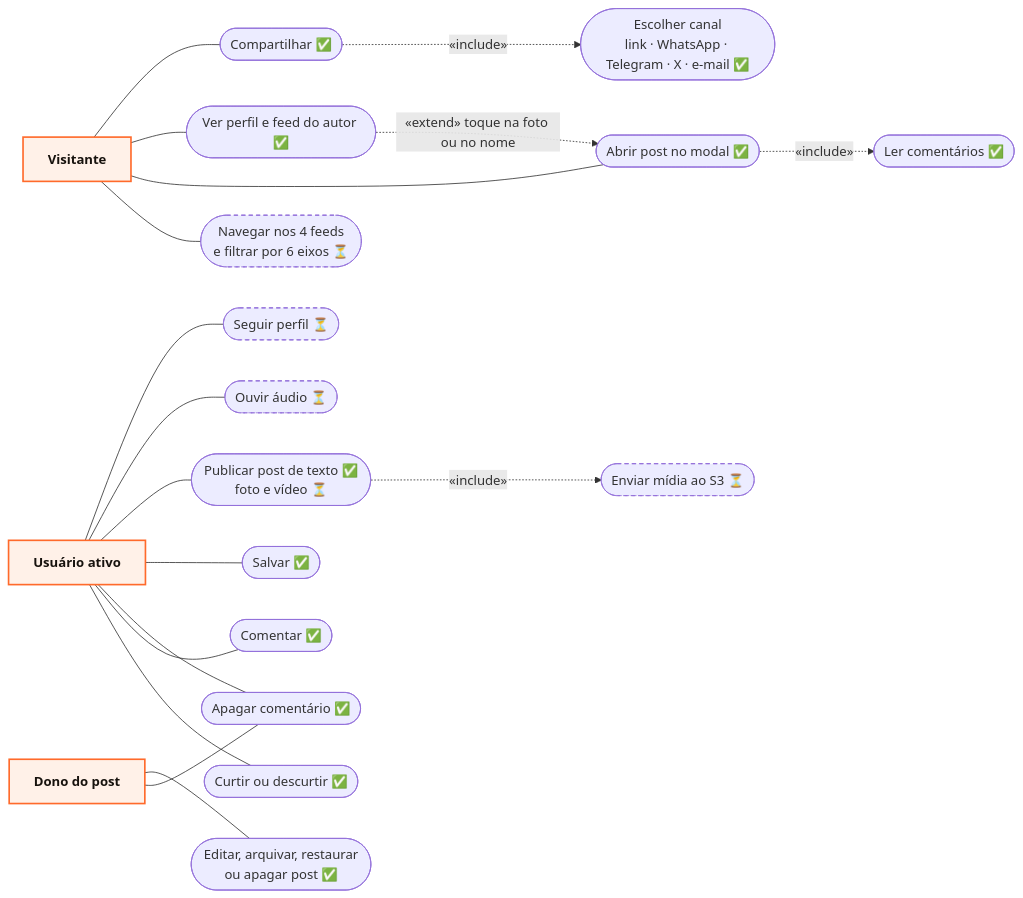
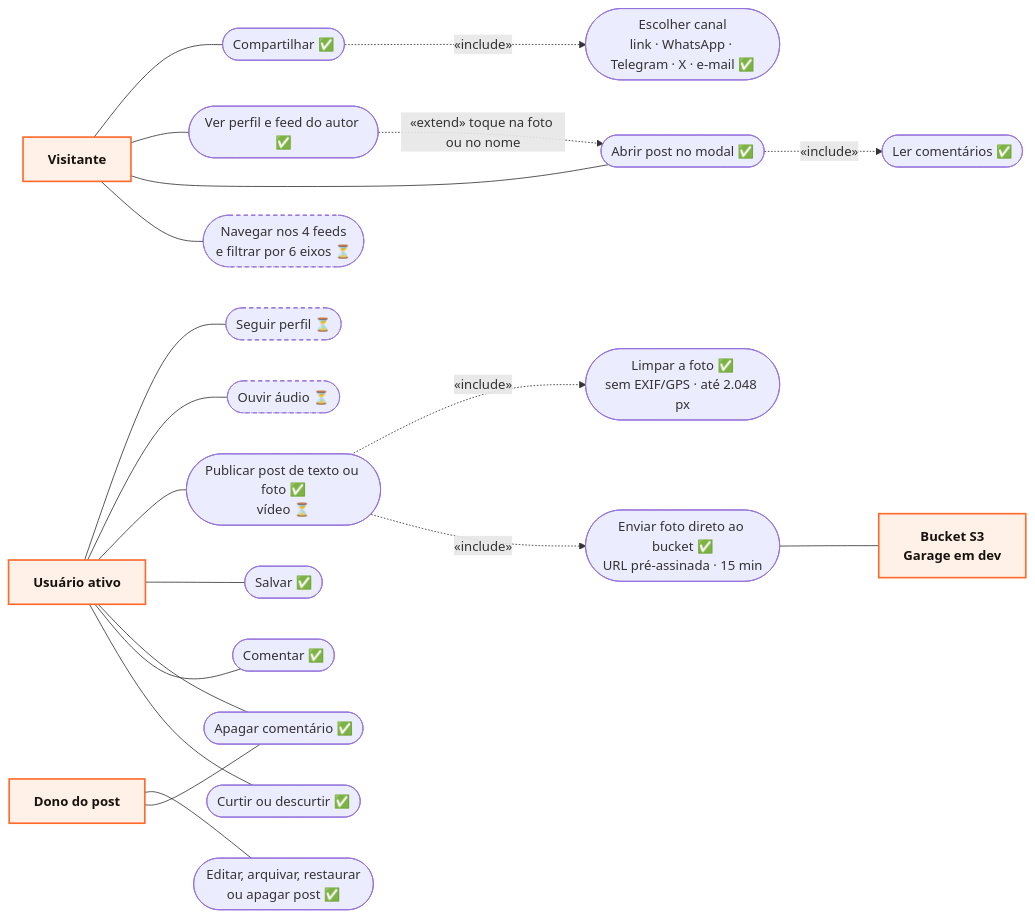
One commit to MatheusHaliski/orange_social_velion changed the fifth of 7 diagrams in docs/DIAGRAMA_CASOS_DE_USO.md. Above: the diagram before and after it, drawn with Mermaid. The commit also changed other lines of this file and 32 other files, not shown here.

````diff
--- a/docs/DIAGRAMA_CASOS_DE_USO.md
+++ b/docs/DIAGRAMA_CASOS_DE_USO.md
@@ -198,33 +198,37 @@
 ```mermaid
 flowchart LR
     VIS["Visitante"]:::actor
     USR["Usuário ativo"]:::actor
     DONO["Dono do post"]:::actor
 
     FEED(["Navegar nos 4 feeds<br/>e filtrar por 6 eixos ⏳"]):::planned
     ABRIR(["Abrir post no modal ✅"])
     AUTOR(["Ver perfil e feed do autor ✅"])
     COMP(["Compartilhar ✅"])
     CURT(["Curtir ou descurtir ✅"])
     COM(["Comentar ✅"])
     APC(["Apagar comentário ✅"])
     SALV(["Salvar ✅"])
-    PUB(["Publicar post de texto ✅<br/>foto e vídeo ⏳"])
+    PUB(["Publicar post de texto ou foto ✅<br/>vídeo ⏳"])
     OUV(["Ouvir áudio ⏳"]):::planned
     SEG(["Seguir perfil ⏳"]):::planned
     ARQ(["Editar, arquivar, restaurar<br/>ou apagar post ✅"])
     LER(["Ler comentários ✅"])
     CANAL(["Escolher canal<br/>link · WhatsApp · Telegram · X · e-mail ✅"])
-    MID(["Enviar mídia ao S3 ⏳"]):::planned
+    MID(["Enviar foto direto ao bucket ✅<br/>URL pré-assinada · 15 min"])
+    LIMP(["Limpar a foto ✅<br/>sem EXIF/GPS · até 2.048 px"])
+    BKT["Bucket S3<br/>Garage em dev"]:::actor
 
     VIS --- FEED & ABRIR & AUTOR & COMP
     USR --- CURT & COM & APC & SALV & PUB & OUV & SEG
     DONO --- APC & ARQ
     ABRIR -. «include» .-> LER
     AUTOR -. «extend» toque na foto ou no nome .-> ABRIR
     COMP -. «include» .-> CANAL
     PUB -. «include» .-> MID
+    PUB -. «include» .-> LIMP
+    MID --- BKT
 
     classDef actor fill:#FFF1E8,stroke:#FF6A2B,stroke-width:2px,color:#17120D,font-weight:bold
     classDef planned stroke-dasharray:5 4
 ```
````
